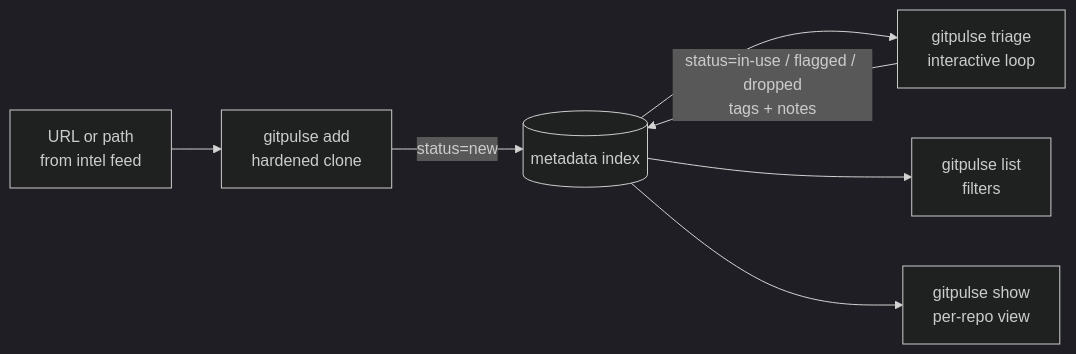
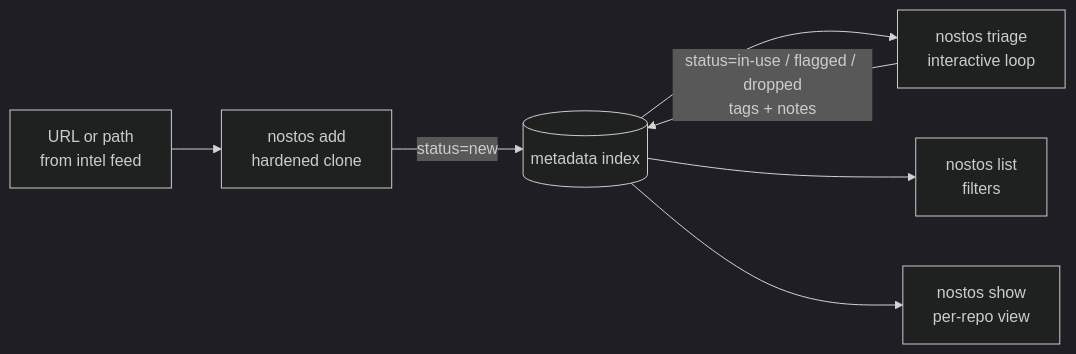
The sixth of 6 diagrams in README.md (prodrom3/gitpulse), drawn with Mermaid (dark theme) before and after one commit. The commit also changed other lines of this file and 63 other files, not shown here.

First line of the commit message:
Rename gitpulse -> nostos (v1.0.0)

````diff
--- a/README.md
+++ b/README.md
@@ -1093,16 +1093,16 @@
 ```mermaid
 flowchart LR
     url[URL or path<br/>from intel feed]
-    add[gitpulse add<br/>hardened clone]
+    add[nostos add<br/>hardened clone]
     index[(metadata index)]
-    triage[gitpulse triage<br/>interactive loop]
-    list[gitpulse list<br/>filters]
-    show[gitpulse show<br/>per-repo view]
+    triage[nostos triage<br/>interactive loop]
+    list[nostos list<br/>filters]
+    show[nostos show<br/>per-repo view]
 
     url --> add
     add -->|status=new| index
     index --> triage
     triage -->|status=in-use / flagged / dropped<br/>tags + notes| index
     index --> list
     index --> show
 ```
````
